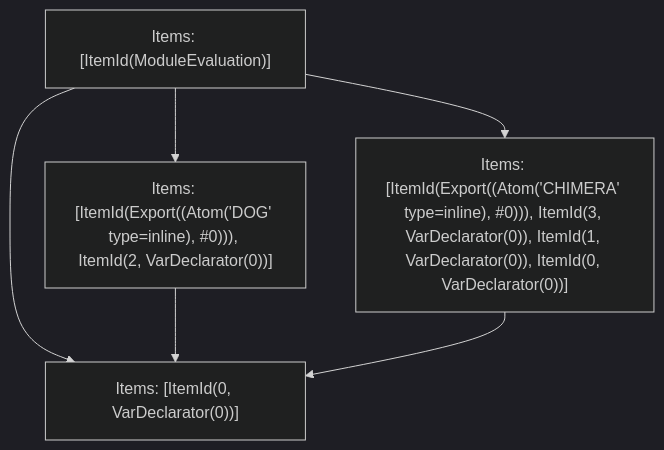
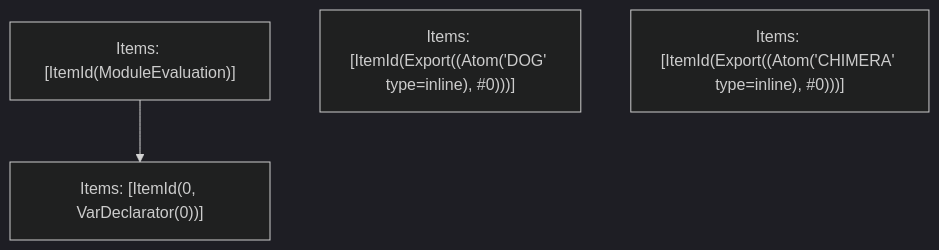
Before and after one commit to vercel/turborepo: the fifth of 5 diagrams in crates/turbopack-ecmascript/tests/tree-shaker/analyzer/simple/output.md, drawn with Mermaid (dark theme). The commit also changed other lines of this file and 3 other files, not shown here.

````diff
--- a/crates/turbopack-ecmascript/tests/tree-shaker/analyzer/simple/output.md
+++ b/crates/turbopack-ecmascript/tests/tree-shaker/analyzer/simple/output.md
@@ -124,12 +124,8 @@
 ```mermaid
 graph TD
     N0["Items: [ItemId(ModuleEvaluation)]"];
-    N1["Items: [ItemId(Export((Atom('DOG' type=inline), #0))), ItemId(2, VarDeclarator(0))]"];
-    N2["Items: [ItemId(Export((Atom('CHIMERA' type=inline), #0))), ItemId(3, VarDeclarator(0)), ItemId(1, VarDeclarator(0)), ItemId(0, VarDeclarator(0))]"];
+    N1["Items: [ItemId(Export((Atom('DOG' type=inline), #0)))]"];
+    N2["Items: [ItemId(Export((Atom('CHIMERA' type=inline), #0)))]"];
     N3["Items: [ItemId(0, VarDeclarator(0))]"];
     N0 --> N3;
-    N0 --> N1;
-    N0 --> N2;
-    N1 --> N3;
-    N2 --> N3;
 ```
````
